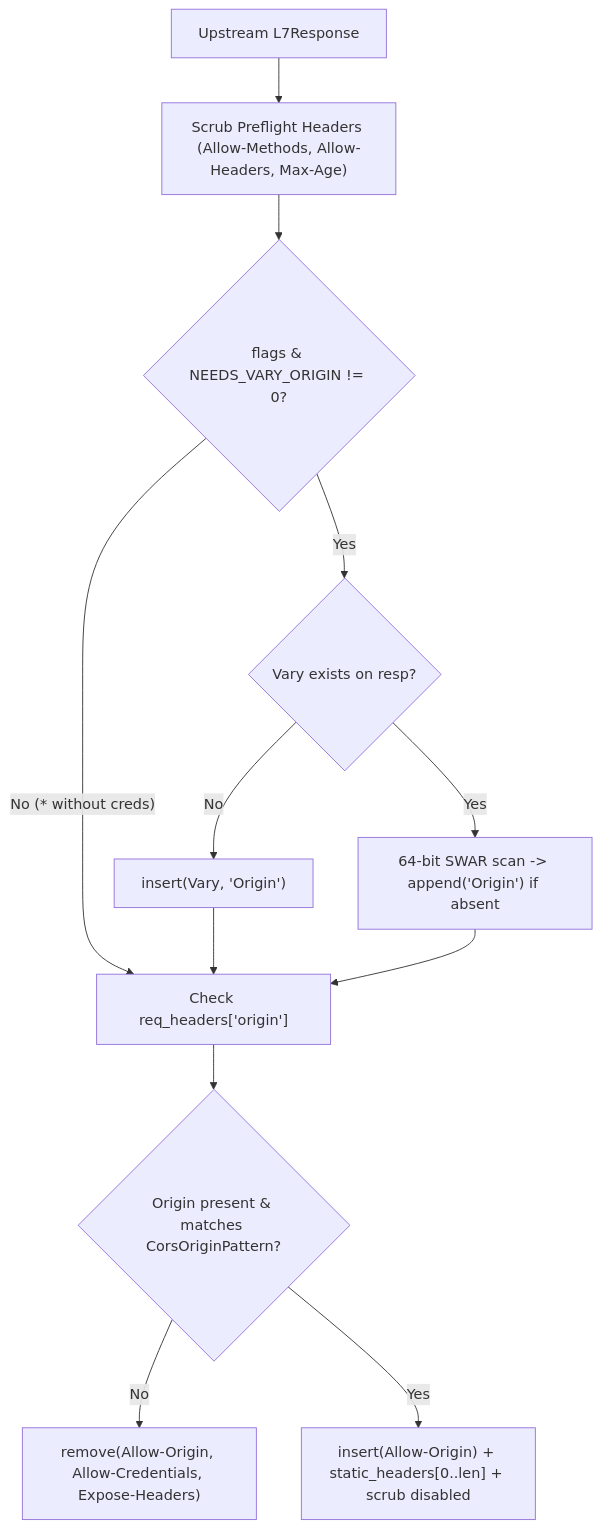
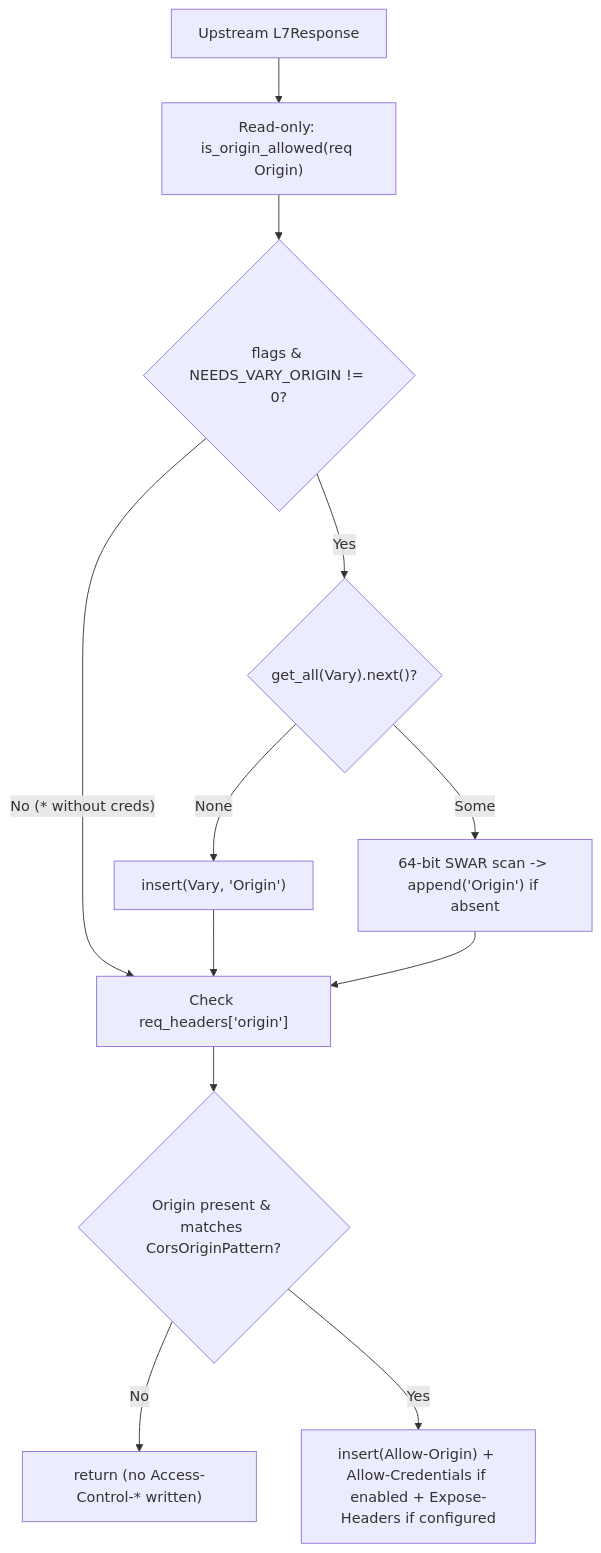
Before and after one commit to phucle996/velda-edge: the diagram in crates/velda-plugin/src/post_response/cors/ARCHITECTURE.md, drawn with Mermaid. The commit also changed other lines of this file and 7 other files, not shown here.

````diff
--- a/crates/velda-plugin/src/post_response/cors/ARCHITECTURE.md
+++ b/crates/velda-plugin/src/post_response/cors/ARCHITECTURE.md
@@ -14,14 +14,14 @@
 ```mermaid
 flowchart TD
-    A["Upstream L7Response"] --> B["Scrub Preflight Headers (Allow-Methods, Allow-Headers, Max-Age)"]
+    A["Upstream L7Response"] --> B["Read-only: is_origin_allowed(req Origin)"]
     B --> C{"flags & NEEDS_VARY_ORIGIN != 0?"}
-    C -- "Yes" --> D{"Vary exists on resp?"}
-    D -- "No" --> E["insert(Vary, 'Origin')"]
-    D -- "Yes" --> F["64-bit SWAR scan -> append('Origin') if absent"]
+    C -- "Yes" --> D{"get_all(Vary).next()?"}
+    D -- "None" --> E["insert(Vary, 'Origin')"]
+    D -- "Some" --> F["64-bit SWAR scan -> append('Origin') if absent"]
     C -- "No (* without creds)" --> G["Check req_headers['origin']"]
     E --> G
     F --> G
     G --> H{"Origin present & matches CorsOriginPattern?"}
-    H -- "No" --> I["remove(Allow-Origin, Allow-Credentials, Expose-Headers)"]
-    H -- "Yes" --> J["insert(Allow-Origin) + static_headers[0..len] + scrub disabled"]
+    H -- "No" --> I["return (no Access-Control-* written)"]
+    H -- "Yes" --> J["insert(Allow-Origin) + Allow-Credentials if enabled + Expose-Headers if configured"]
 ```
````
